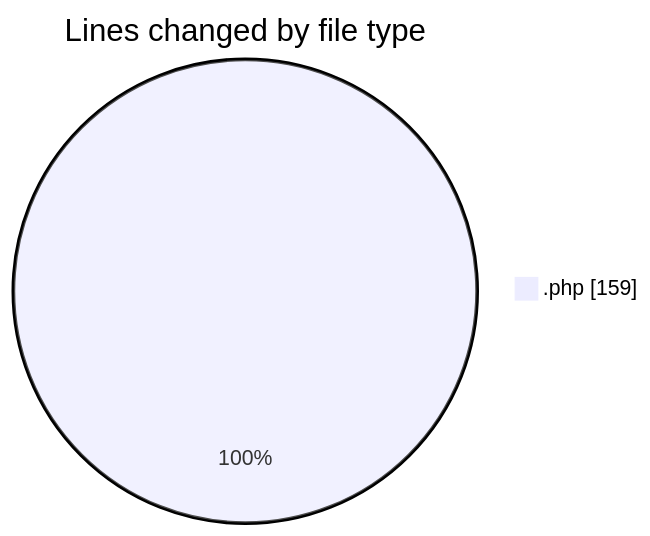
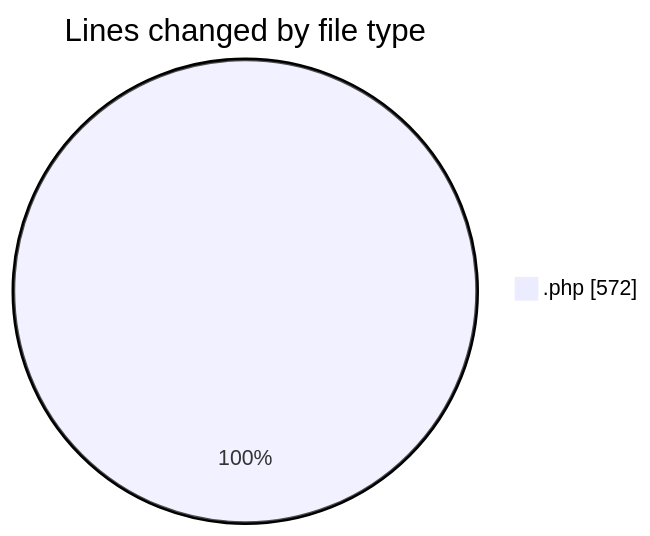
One commit to LanceThiago/code-tracking changed the first of 2 diagrams in 2026-02-27/enviarfacturas/README.md. Above: the diagram before and after it, drawn with Mermaid. The commit also changed other lines of this file and 1 other file, not shown here.

````diff
--- a/2026-02-27/enviarfacturas/README.md
+++ b/2026-02-27/enviarfacturas/README.md
@@ -20,5 +21,5 @@
 ```mermaid
 pie showData
 title Lines changed by file type
-".php" : 159
+".php" : 572
 ```
````
